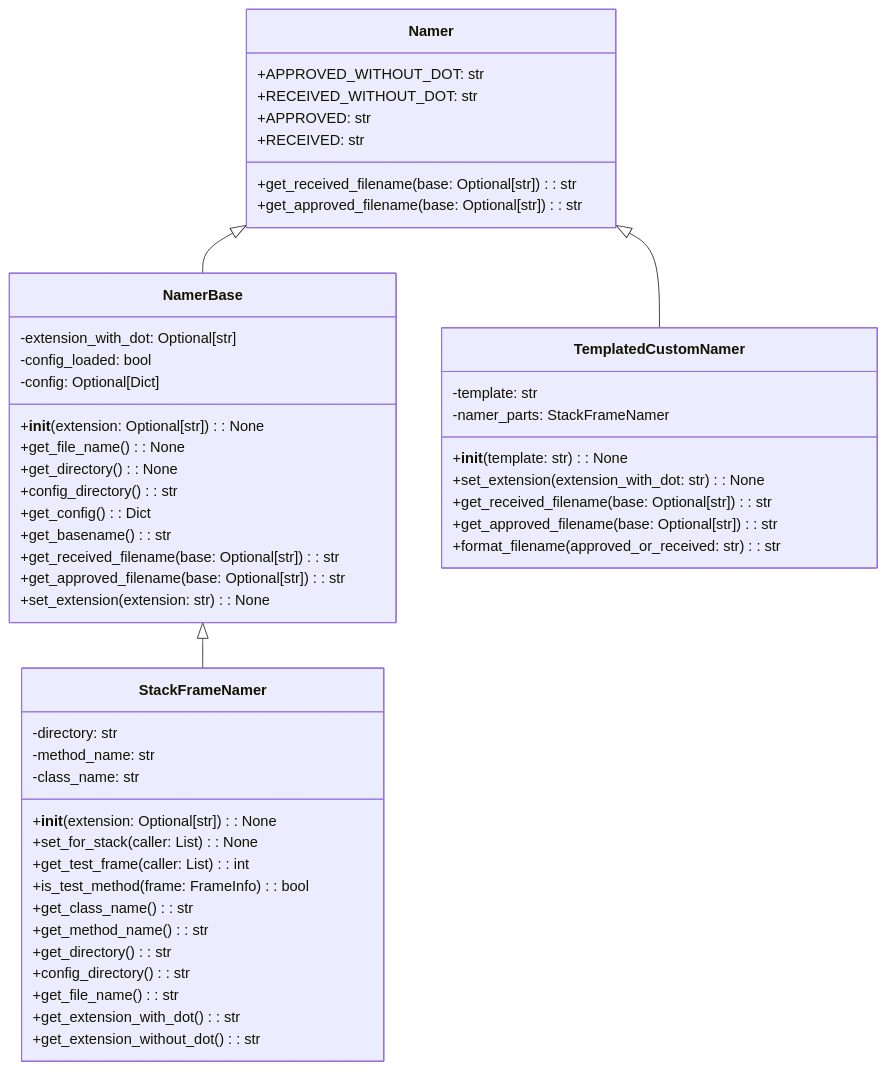
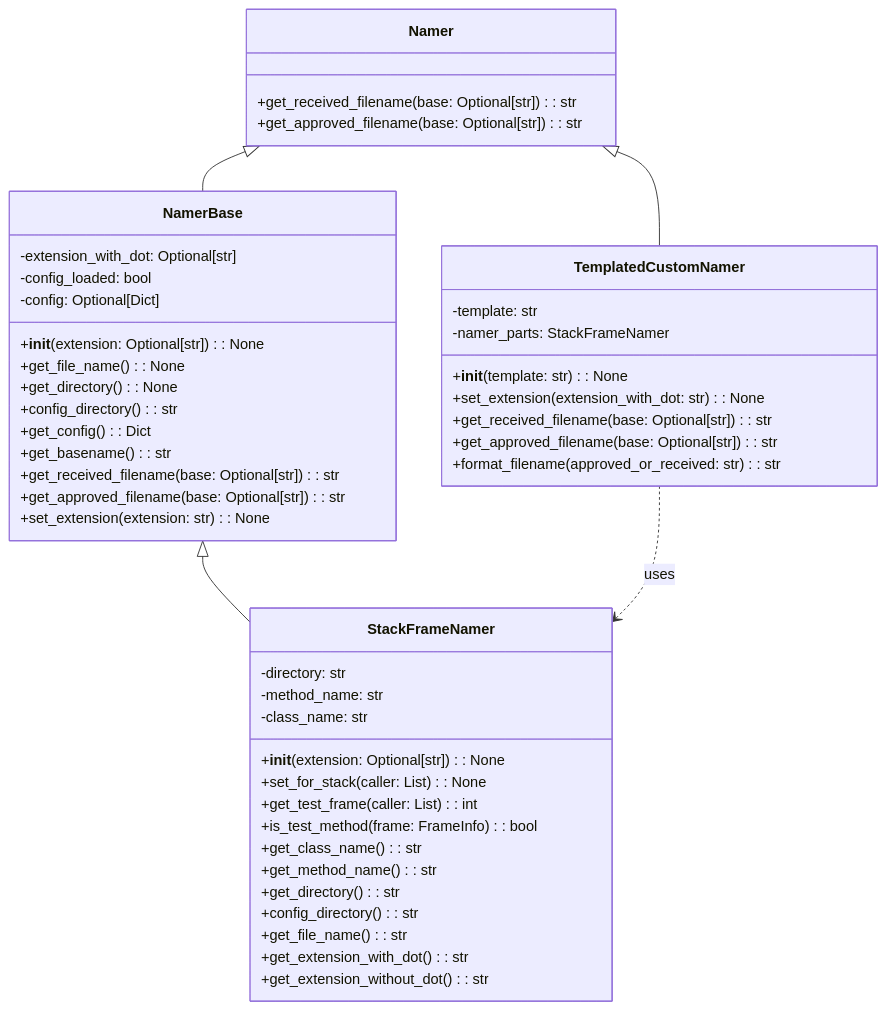
Before and after one commit to approvals/ApprovalTests.Python: the diagram in docs/explanation/namer_architecture.md, drawn with Mermaid.

Commit message:
d added uses

````diff
--- a/docs/explanation/namer_architecture.md
+++ b/docs/explanation/namer_architecture.md
@@ -1,57 +1,53 @@
   ```mermaid
 classDiagram
     class Namer {
-        +APPROVED_WITHOUT_DOT: str
-        +RECEIVED_WITHOUT_DOT: str
-        +APPROVED: str
-        +RECEIVED: str
         +get_received_filename(base: Optional[str]): str
         +get_approved_filename(base: Optional[str]): str
     }
 
     class NamerBase {
         -extension_with_dot: Optional[str]
         -config_loaded: bool
         -config: Optional[Dict]
         +__init__(extension: Optional[str]): None
         +get_file_name(): None
         +get_directory(): None
         +config_directory(): str
         +get_config(): Dict
         +get_basename(): str
         +get_received_filename(base: Optional[str]): str
         +get_approved_filename(base: Optional[str]): str
         +set_extension(extension: str): None
     }
     Namer <|-- NamerBase
 
     class StackFrameNamer {
         -directory: str
         -method_name: str
         -class_name: str
         +__init__(extension: Optional[str]): None
         +set_for_stack(caller: List): None
         +get_test_frame(caller: List): int
         +is_test_method(frame: FrameInfo): bool
         +get_class_name(): str
         +get_method_name(): str
         +get_directory(): str
         +config_directory(): str
         +get_file_name(): str
         +get_extension_with_dot(): str
         +get_extension_without_dot(): str
     }
     NamerBase <|-- StackFrameNamer
 
     class TemplatedCustomNamer {
         -template: str
         -namer_parts: StackFrameNamer
         +__init__(template: str): None
         +set_extension(extension_with_dot: str): None
         +get_received_filename(base: Optional[str]): str
         +get_approved_filename(base: Optional[str]): str
         +format_filename(approved_or_received: str): str
     }
     Namer <|-- TemplatedCustomNamer
-
+    TemplatedCustomNamer ..> StackFrameNamer : uses
 ```
````
